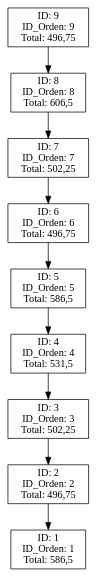
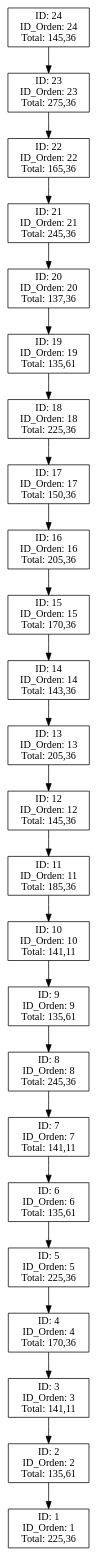
One commit to Santiago78op/EDD_1S2025_201905884 changed the diagram in Fase_1/AutoGestPro/AutoGestPro/bin/Debug/net9.0/reporte_Facturación.dot. Above: the diagram before and after it, drawn with Graphviz. The commit also changed 26 other files, not shown here.

```diff
--- a/Fase_1/AutoGestPro/AutoGestPro/bin/Debug/net9.0/reporte_Facturación.dot
+++ b/Fase_1/AutoGestPro/AutoGestPro/bin/Debug/net9.0/reporte_Facturación.dot
@@ -1,21 +1,51 @@
 digraph G {
 node [shape=box];
 rankdir=TB;
-F9 [label="ID: 9\nID_Orden: 9\nTotal: 496,75"];
-F8 [label="ID: 8\nID_Orden: 8\nTotal: 606,5"];
+F24 [label="ID: 24\nID_Orden: 24\nTotal: 145,36"];
+F23 [label="ID: 23\nID_Orden: 23\nTotal: 275,36"];
+F24 -> F23;
+F22 [label="ID: 22\nID_Orden: 22\nTotal: 165,36"];
+F23 -> F22;
+F21 [label="ID: 21\nID_Orden: 21\nTotal: 245,36"];
+F22 -> F21;
+F20 [label="ID: 20\nID_Orden: 20\nTotal: 137,36"];
+F21 -> F20;
+F19 [label="ID: 19\nID_Orden: 19\nTotal: 135,61"];
+F20 -> F19;
+F18 [label="ID: 18\nID_Orden: 18\nTotal: 225,36"];
+F19 -> F18;
+F17 [label="ID: 17\nID_Orden: 17\nTotal: 150,36"];
+F18 -> F17;
+F16 [label="ID: 16\nID_Orden: 16\nTotal: 205,36"];
+F17 -> F16;
+F15 [label="ID: 15\nID_Orden: 15\nTotal: 170,36"];
+F16 -> F15;
+F14 [label="ID: 14\nID_Orden: 14\nTotal: 143,36"];
+F15 -> F14;
+F13 [label="ID: 13\nID_Orden: 13\nTotal: 205,36"];
+F14 -> F13;
+F12 [label="ID: 12\nID_Orden: 12\nTotal: 145,36"];
+F13 -> F12;
+F11 [label="ID: 11\nID_Orden: 11\nTotal: 185,36"];
+F12 -> F11;
+F10 [label="ID: 10\nID_Orden: 10\nTotal: 141,11"];
+F11 -> F10;
+F9 [label="ID: 9\nID_Orden: 9\nTotal: 135,61"];
+F10 -> F9;
+F8 [label="ID: 8\nID_Orden: 8\nTotal: 245,36"];
 F9 -> F8;
-F7 [label="ID: 7\nID_Orden: 7\nTotal: 502,25"];
+F7 [label="ID: 7\nID_Orden: 7\nTotal: 141,11"];
 F8 -> F7;
-F6 [label="ID: 6\nID_Orden: 6\nTotal: 496,75"];
+F6 [label="ID: 6\nID_Orden: 6\nTotal: 135,61"];
 F7 -> F6;
-F5 [label="ID: 5\nID_Orden: 5\nTotal: 586,5"];
+F5 [label="ID: 5\nID_Orden: 5\nTotal: 225,36"];
 F6 -> F5;
-F4 [label="ID: 4\nID_Orden: 4\nTotal: 531,5"];
+F4 [label="ID: 4\nID_Orden: 4\nTotal: 170,36"];
 F5 -> F4;
-F3 [label="ID: 3\nID_Orden: 3\nTotal: 502,25"];
+F3 [label="ID: 3\nID_Orden: 3\nTotal: 141,11"];
 F4 -> F3;
-F2 [label="ID: 2\nID_Orden: 2\nTotal: 496,75"];
+F2 [label="ID: 2\nID_Orden: 2\nTotal: 135,61"];
 F3 -> F2;
-F1 [label="ID: 1\nID_Orden: 1\nTotal: 586,5"];
+F1 [label="ID: 1\nID_Orden: 1\nTotal: 225,36"];
 F2 -> F1;
 }
```
